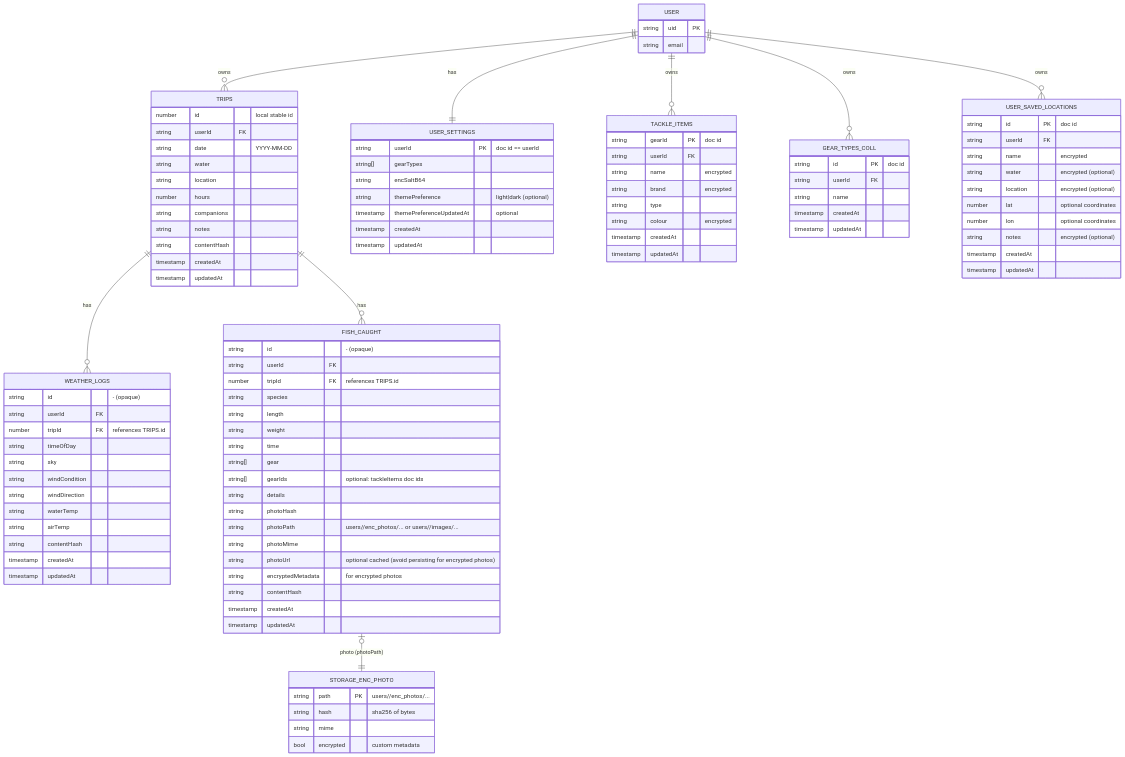
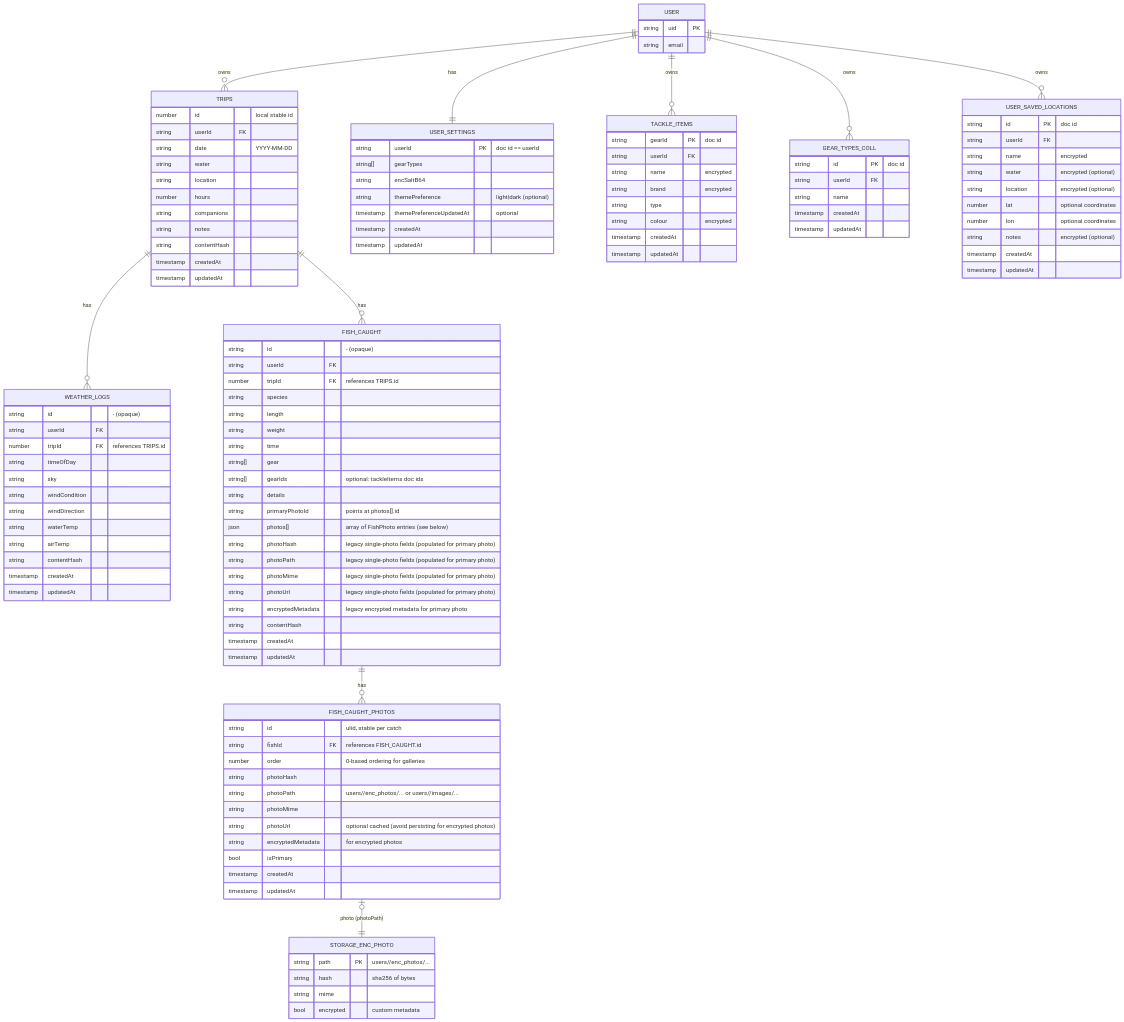
The first of 4 diagrams in docs/architecture/DATA_MODEL.md (kerry-davis/maori-fishing-calendar-react), drawn with Mermaid before and after one commit. The commit also changed other lines of this file and 8 other files, not shown here.

Commit message:
Create feature/multiple-photos-per-catch branch

```diff
--- a/docs/architecture/DATA_MODEL.md
+++ b/docs/architecture/DATA_MODEL.md
@@ -13,7 +13,8 @@
   USER ||--o{ USER_SAVED_LOCATIONS : "owns"
   TRIPS ||--o{ WEATHER_LOGS : "has"
   TRIPS ||--o{ FISH_CAUGHT : "has"
-  FISH_CAUGHT o|--|| STORAGE_ENC_PHOTO : "photo (photoPath)"
+  FISH_CAUGHT ||--o{ FISH_CAUGHT_PHOTOS : "has"
+  FISH_CAUGHT_PHOTOS o|--|| STORAGE_ENC_PHOTO : "photo (photoPath)"
 
   USER {
     string uid PK
@@ -83,12 +84,28 @@
     string[] gear
     string[] gearIds  "optional: tackleItems doc ids"
     string details
+    string primaryPhotoId "points at photos[].id"
+    json photos[]    "array of FishPhoto entries (see below)"
+    string photoHash "legacy single-photo fields (populated for primary photo)"
+    string photoPath "legacy single-photo fields (populated for primary photo)"
+    string photoMime "legacy single-photo fields (populated for primary photo)"
+    string photoUrl  "legacy single-photo fields (populated for primary photo)"
+    string encryptedMetadata "legacy encrypted metadata for primary photo"
+    string contentHash
+    timestamp createdAt
+    timestamp updatedAt
+  }
+
+  FISH_CAUGHT_PHOTOS {
+    string id         "ulid, stable per catch"
+    string fishId FK  "references FISH_CAUGHT.id"
+    number order      "0-based ordering for galleries"
     string photoHash
     string photoPath  "users/<uid>/enc_photos/... or users/<uid>/images/..."
     string photoMime
     string photoUrl   "optional cached (avoid persisting for encrypted photos)"
     string encryptedMetadata "for encrypted photos"
-    string contentHash
+    bool isPrimary
     timestamp createdAt
     timestamp updatedAt
   }
```
